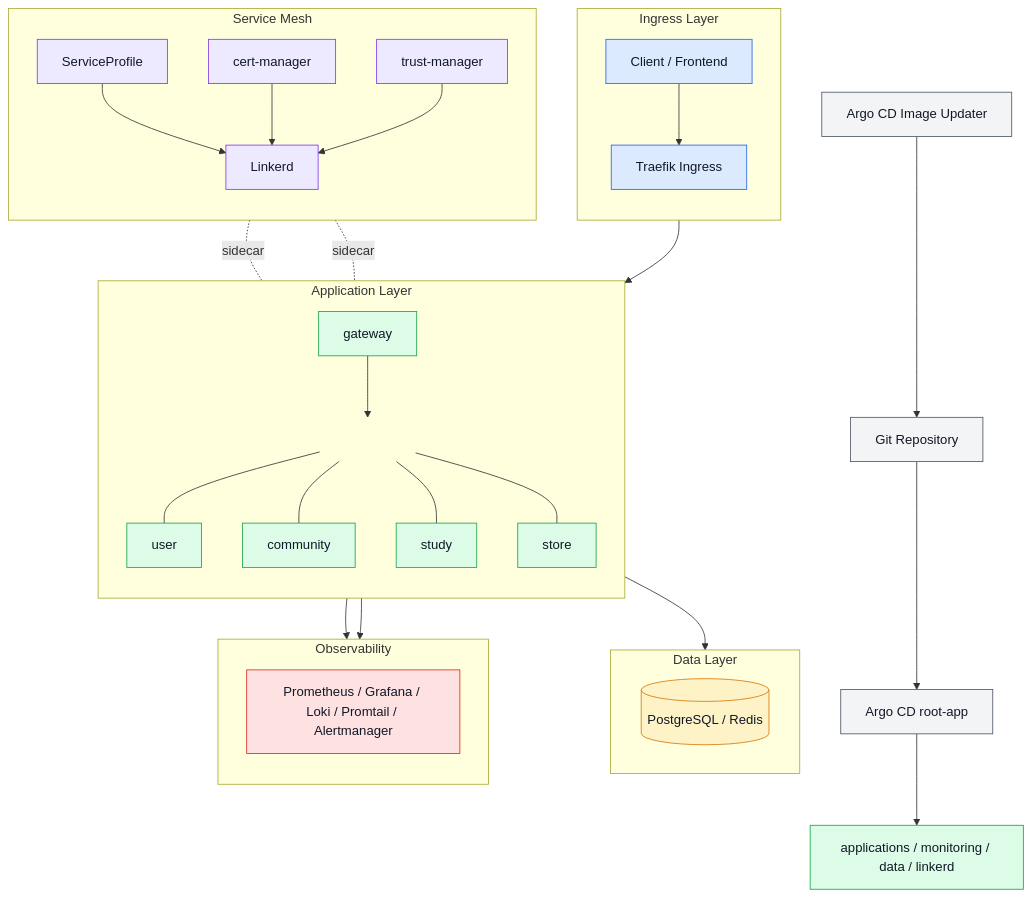
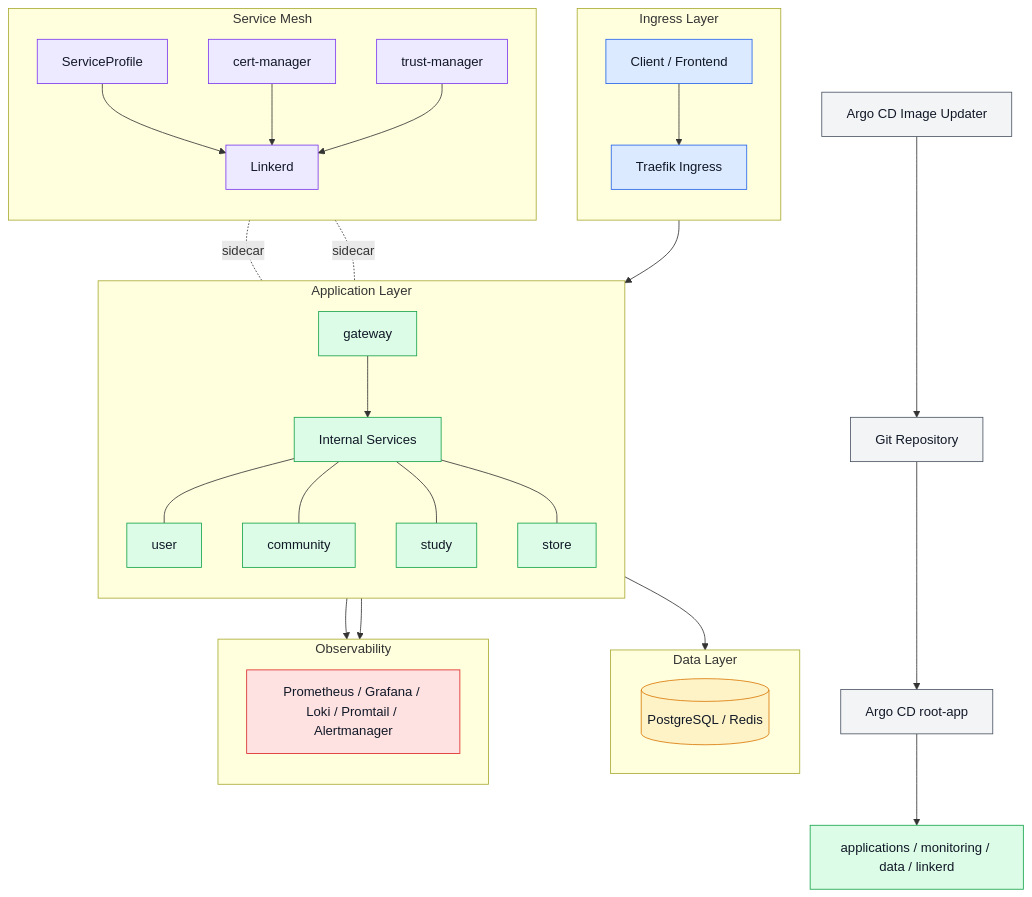
The diagram in README.md (checkMateit/checkmate-kubernetes), drawn with Mermaid before and after one commit.

````diff
--- a/README.md
+++ b/README.md
@@ -16,81 +16,80 @@
 ```mermaid
 flowchart TD
     classDef gitops fill:#f3f4f6,stroke:#4b5563,color:#111827,stroke-width:1px;
     classDef ingress fill:#dbeafe,stroke:#2563eb,color:#111827,stroke-width:1px;
     classDef app fill:#dcfce7,stroke:#16a34a,color:#111827,stroke-width:1px;
     classDef data fill:#fef3c7,stroke:#d97706,color:#111827,stroke-width:1px;
     classDef mesh fill:#ede9fe,stroke:#7c3aed,color:#111827,stroke-width:1px;
     classDef obs fill:#fee2e2,stroke:#dc2626,color:#111827,stroke-width:1px;
 
     Repo[Git Repository]
     ImageUpdater[Argo CD Image Updater]
     ArgoCD[Argo CD root-app]
 
     Repo --> ArgoCD
     ImageUpdater --> Repo
 
     subgraph Ingress["Ingress Layer"]
         direction TB
         Client[Client / Frontend]
         Traefik[Traefik Ingress]
         Client --> Traefik
     end
 
     subgraph App["Application Layer"]
         direction TB
         Gateway[gateway]
        
-        DevApp[DevApp]
+        DevApp[Internal Services]
         User[user]
         Community[community]
         Study[study]
         Store[store]
 
         Traefik --> Gateway
       
         Gateway --> DevApp
         DevApp--- User
         DevApp --- Community
         DevApp --- Study
         DevApp --- Store
     end
 
     subgraph Data["Data Layer"]
         direction LR
         DataStore[(PostgreSQL / Redis)]
     end
 
     DevApp --> DataStore
 
     subgraph Mesh["Service Mesh"]
         direction TB
         Linkerd[Linkerd]
         ServiceProfile[ServiceProfile]
         CertManager[cert-manager]
         TrustManager[trust-manager]
     end
 
     Linkerd -. sidecar .- Gateway
     Linkerd -. sidecar .- DevApp
     ServiceProfile --> Linkerd
     CertManager --> Linkerd
     TrustManager --> Linkerd
 
     subgraph Obs["Observability"]
         direction TB
         Monitoring[Prometheus / Grafana / Loki / Promtail / Alertmanager]
     end
 
     Gateway --> Monitoring
     DevApp --> Monitoring
 
     ArgoCD --> Platform[applications / monitoring / data / linkerd]
 
     class Repo,ImageUpdater,ArgoCD gitops;
     class Client,Traefik ingress;
-    class Gateway,User,Community,Study,Store,Platform app;
+    class Gateway,DevApp,User,Community,Study,Store,Platform app;
     class DataStore data;
     class Linkerd,ServiceProfile,CertManager,TrustManager mesh;
     class Monitoring obs;
-    style DevApp fill:transparent,stroke:transparent,color:transparent;
 ```
````
